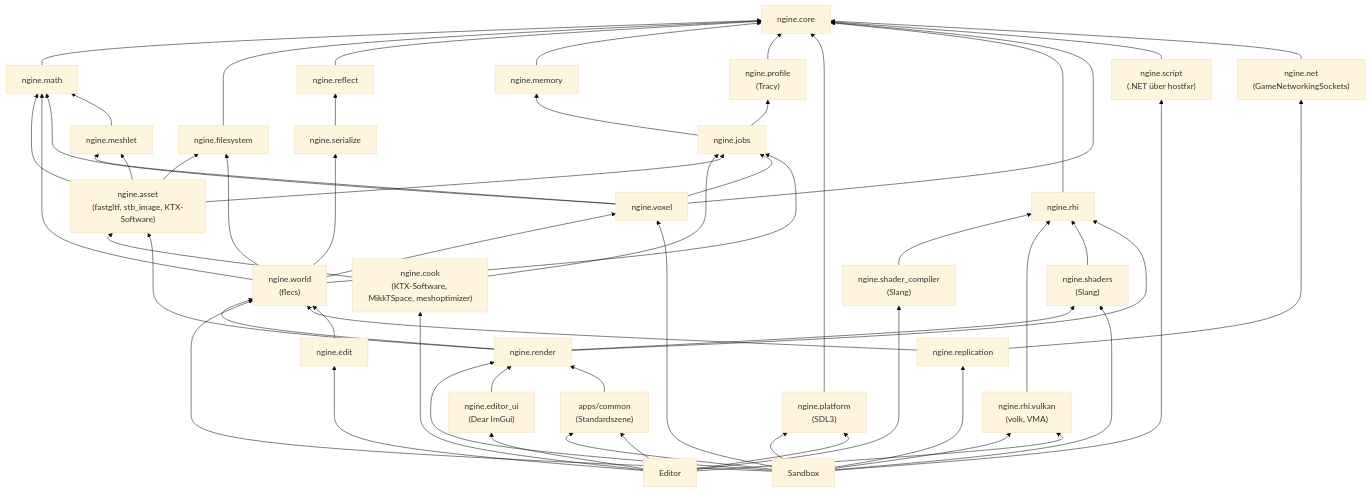
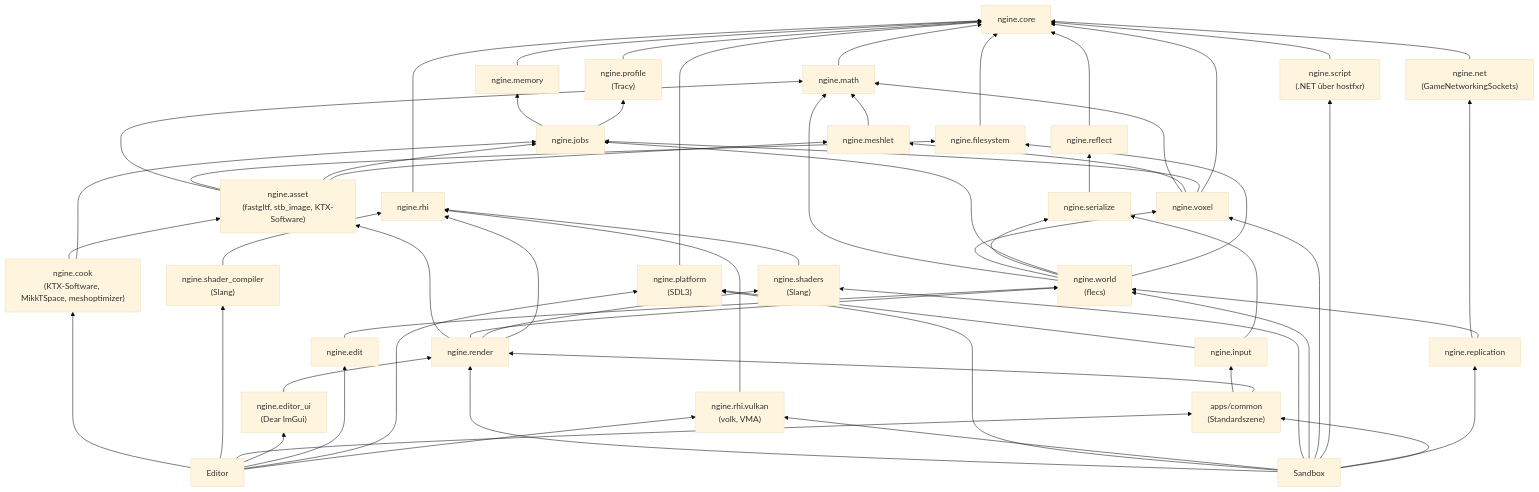
The second of 17 diagrams in docs/architecture.md (viiez/ngine), drawn with Mermaid (base theme) before and after one commit. The commit also changed other lines of this file and 50 other files, not shown here.

```diff
--- a/docs/architecture.md
+++ b/docs/architecture.md
@@ -60,6 +61,10 @@
     jobs["ngine.jobs"]
     profile["ngine.profile<br/>(Tracy)"]
     platform["ngine.platform<br/>(SDL3)"]
+    input["ngine.input"]
+    input --> platform
+    input --> serialize
+    common --> input
     rhi["ngine.rhi"]
     vulkan["ngine.rhi.vulkan<br/>(volk, VMA)"]
     shaders["ngine.shaders<br/>(Slang)"]
```
